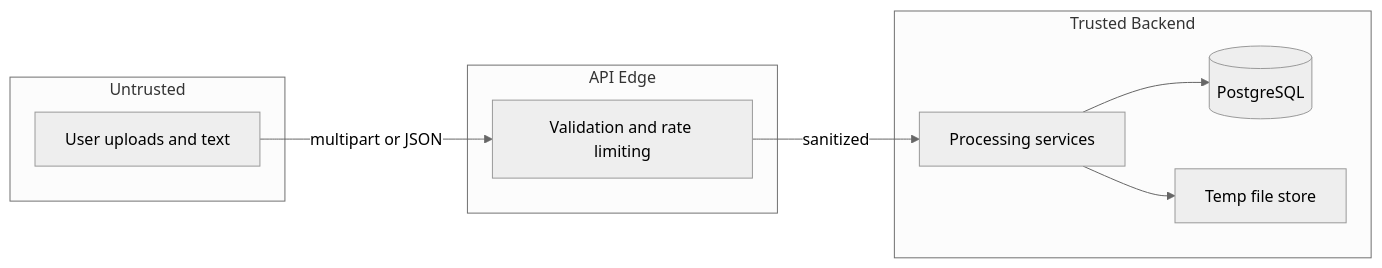
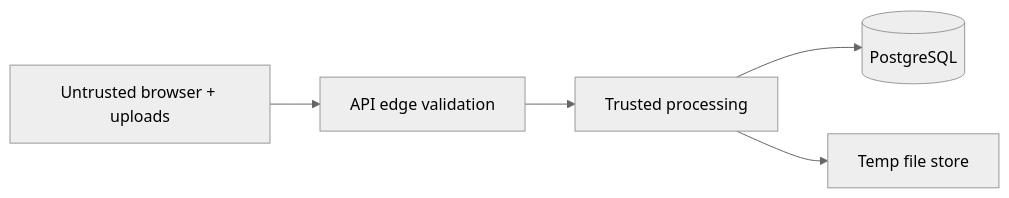
One commit to Keenan-Baird717/intelligent-pii-anonymizer changed the fifth of 5 diagrams in docs/architecture.md. Above: the diagram before and after it, drawn with Mermaid (neutral theme). The commit also changed other lines of this file and 58 other files, not shown here.

````diff
--- a/docs/architecture.md
+++ b/docs/architecture.md
@@ -359,19 +201,7 @@
 ```mermaid
 flowchart LR
-    subgraph untrusted [Untrusted]
-        User[User uploads and text]
-    end
-    subgraph edge [API Edge]
-        Validate[Validation and rate limiting]
-    end
-    subgraph trusted [Trusted Backend]
-        Proc[Processing services]
-        DB[(PostgreSQL)]
-        Temp[Temp file store]
-    end
-
-    User -->|multipart or JSON| Validate
-    Validate -->|sanitized| Proc
-    Proc --> DB
-    Proc --> Temp
+    U[Untrusted browser + uploads] --> E[API edge validation]
+    E --> T[Trusted processing]
+    T --> DB[(PostgreSQL)]
+    T --> FS[Temp file store]
 ```
````
